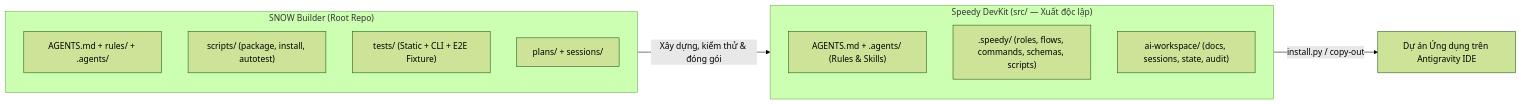
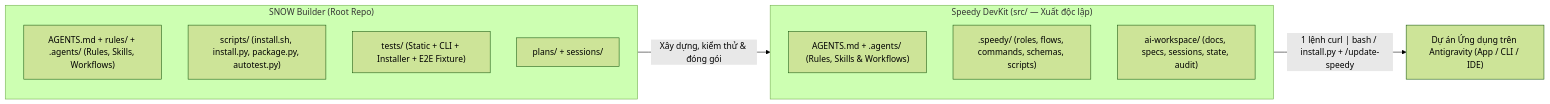
The diagram in docs/OVERVIEW.md (litt0709/snow-builder-redesign), drawn with Mermaid (forest theme) before and after one commit. The commit also changed other lines of this file and 102 other files, not shown here.

Commit message:
feat: remote 1-command installer, balanced Smart HITL, short slash commands, IDE workflows, and 2.tabler/3.midnight themes

````diff
--- a/docs/OVERVIEW.md
+++ b/docs/OVERVIEW.md
@@ -21,18 +21,18 @@
 ```mermaid
 flowchart LR
     subgraph Builder["SNOW Builder (Root Repo)"]
-        BR["AGENTS.md + rules/ + .agents/"]
-        BS["scripts/ (package, install, autotest)"]
-        BT["tests/ (Static + CLI + E2E Fixture)"]
+        BR["AGENTS.md + rules/ + .agents/ (Rules, Skills, Workflows)"]
+        BS["scripts/ (install.sh, install.py, package.py, autotest.py)"]
+        BT["tests/ (Static + CLI + Installer + E2E Fixture)"]
         BP["plans/ + sessions/"]
     end
 
     subgraph Product["Speedy DevKit (src/ — Xuất độc lập)"]
-        PA["AGENTS.md + .agents/ (Rules & Skills)"]
+        PA["AGENTS.md + .agents/ (Rules, Skills & Workflows)"]
         PE[".speedy/ (roles, flows, commands, schemas, scripts)"]
-        PW["ai-workspace/ (docs, sessions, state, audit)"]
+        PW["ai-workspace/ (docs, specs, sessions, state, audit)"]
     end
 
     Builder -->|"Xây dựng, kiểm thử & đóng gói"| Product
-    Product -->|"install.py / copy-out"| UserApp["Dự án Ứng dụng trên Antigravity IDE"]
+    Product -->|"1 lệnh curl | bash / install.py + /update-speedy"| UserApp["Dự án Ứng dụng trên Antigravity (App / CLI / IDE)"]
 ```
````
